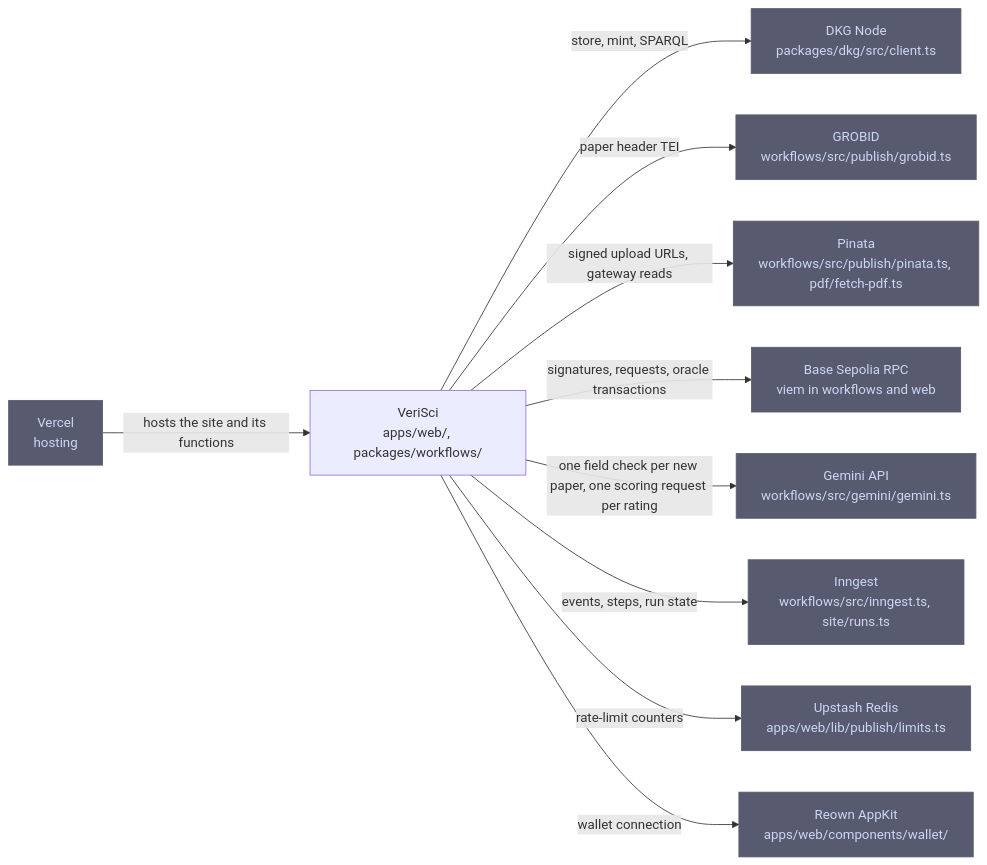
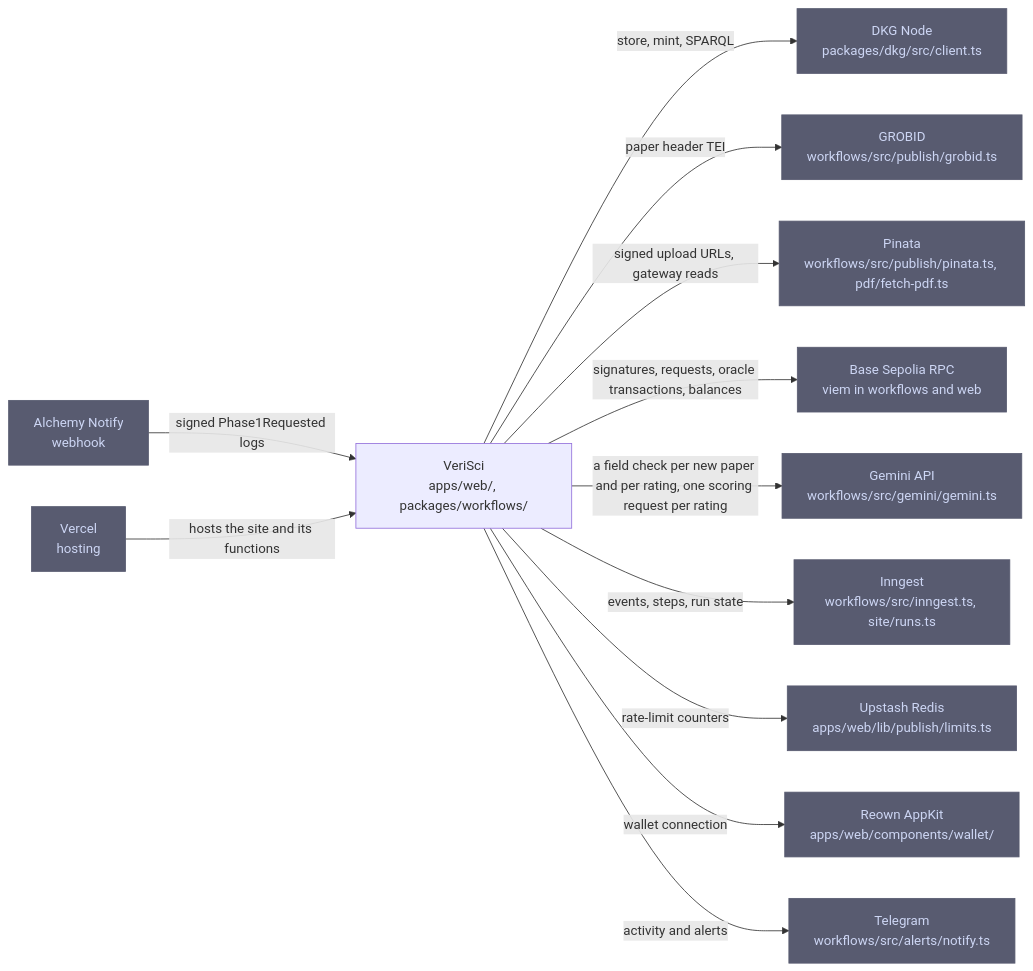
One commit to SiegfriedBz/labstrail changed the diagram in .omm/external-integrations/diagram.mmd. Above: the diagram before and after it, drawn with Mermaid. The commit also changed 58 other files, not shown here.

```diff
--- a/.omm/external-integrations/diagram.mmd
+++ b/.omm/external-integrations/diagram.mmd
@@ -1,12 +1,14 @@
 graph LR
     verisci["VeriSci\napps/web/, packages/workflows/"] -->|"store, mint, SPARQL"| dkg-node["DKG Node\npackages/dkg/src/client.ts"]
     verisci -->|"paper header TEI"| grobid["GROBID\nworkflows/src/publish/grobid.ts"]
     verisci -->|"signed upload URLs, gateway reads"| pinata["Pinata\nworkflows/src/publish/pinata.ts, pdf/fetch-pdf.ts"]
-    verisci -->|"signatures, requests, oracle transactions"| base-rpc["Base Sepolia RPC\nviem in workflows and web"]
-    verisci -->|"one field check per new paper, one scoring request per rating"| gemini["Gemini API\nworkflows/src/gemini/gemini.ts"]
+    verisci -->|"signatures, requests, oracle transactions, balances"| base-rpc["Base Sepolia RPC\nviem in workflows and web"]
+    verisci -->|"a field check per new paper and per rating, one scoring request per rating"| gemini["Gemini API\nworkflows/src/gemini/gemini.ts"]
     verisci -->|"events, steps, run state"| inngest["Inngest\nworkflows/src/inngest.ts, site/runs.ts"]
     verisci -->|"rate-limit counters"| upstash["Upstash Redis\napps/web/lib/publish/limits.ts"]
     verisci -->|"wallet connection"| reown["Reown AppKit\napps/web/components/wallet/"]
+    verisci -->|"activity and alerts"| telegram["Telegram\nworkflows/src/alerts/notify.ts"]
+    alchemy-notify["Alchemy Notify\nwebhook"] -->|"signed Phase1Requested logs"| verisci
     vercel["Vercel\nhosting"] -->|"hosts the site and its functions"| verisci
     classDef external fill:#585b70,stroke:#585b70,color:#cdd6f4
-    class dkg-node,grobid,pinata,base-rpc,gemini,inngest,upstash,reown,vercel external
+    class dkg-node,grobid,pinata,base-rpc,gemini,inngest,upstash,reown,telegram,alchemy-notify,vercel external
```
